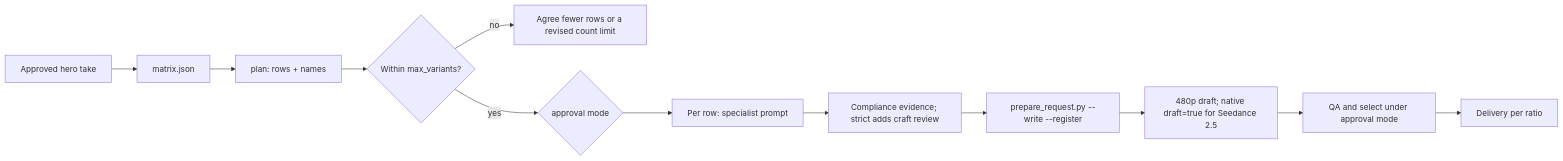
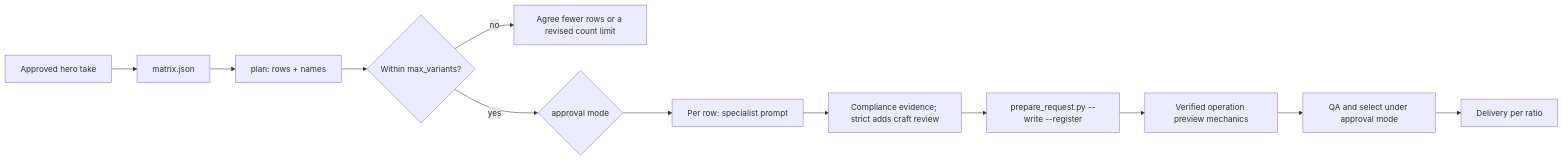
One commit to byteplus-sa/seed-marketing-studio changed the diagram in .agents/skills/ad-variant-matrix/SKILL.md. Above: the diagram before and after it, drawn with Mermaid. The commit also changed other lines of this file and 51 other files, not shown here.

Commit message:
fix(skills): bind Seedance variants to verified execution profiles

````diff
--- a/.agents/skills/ad-variant-matrix/SKILL.md
+++ b/.agents/skills/ad-variant-matrix/SKILL.md
@@ -85,14 +85,14 @@
 ```mermaid
 flowchart LR
   H[Approved hero take] --> M[matrix.json]
   M --> P[plan: rows + names]
   P --> C{Within max_variants?}
   C -->|no| R[Agree fewer rows or a revised count limit]
   C -->|yes| A{approval mode}
   A --> W[Per row: specialist prompt]
   W --> PR[Compliance evidence; strict adds craft review]
   PR --> REG[prepare_request.py --write --register]
-  REG --> S[480p draft; native draft=true for Seedance 2.5]
+  REG --> S[Verified operation preview mechanics]
   S --> Q[QA and select under approval mode]
   Q --> D[Delivery per ratio]
 ```
````
